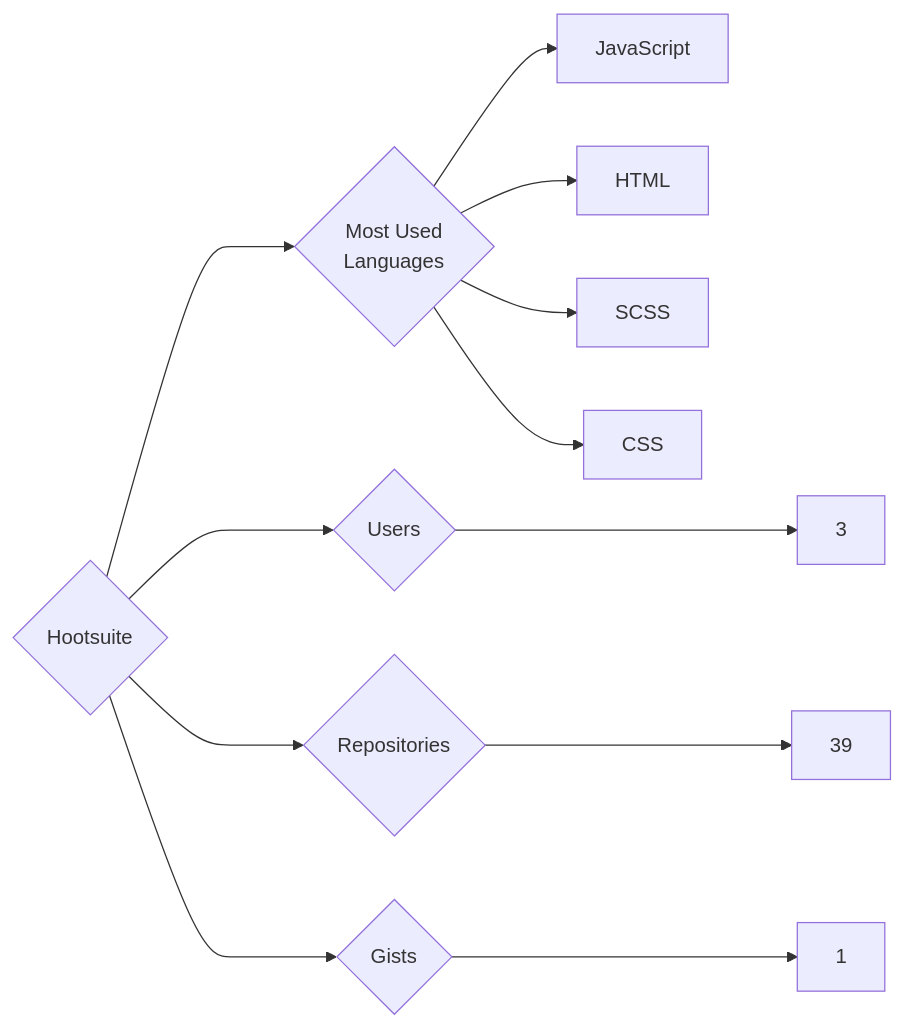
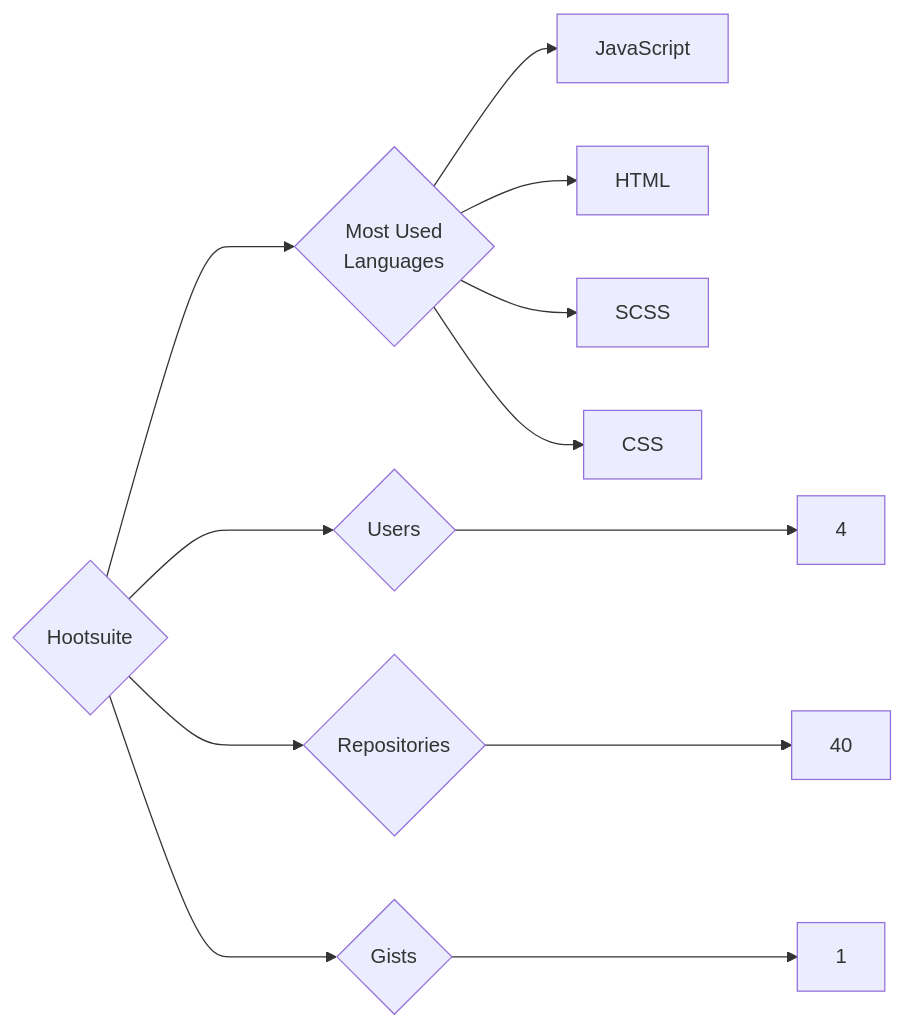
One commit to trickest/insiders changed the diagram in targets/Hootsuite/README.md. Above: the diagram before and after it, drawn with Mermaid. The commit also changed 865 other files, not shown here.

````diff
--- a/targets/Hootsuite/README.md
+++ b/targets/Hootsuite/README.md
@@ -3,12 +3,12 @@
 ```mermaid
 graph LR
 COMPANY_NAME{Hootsuite}
-COMPANY_NAME ---> U{Users} ---> UN[3]
-COMPANY_NAME ---> R{Repositories} ---> RN[39]
+COMPANY_NAME ---> U{Users} ---> UN[4]
+COMPANY_NAME ---> R{Repositories} ---> RN[40]
 COMPANY_NAME ---> G{Gists} ---> GN[1]
 COMPANY_NAME ---> ML{Most Used<br>Languages}
 ML --> JavaScript[JavaScript]
 ML --> HTML[HTML]
 ML --> SCSS[SCSS]
 ML --> CSS[CSS]
 ```
````
